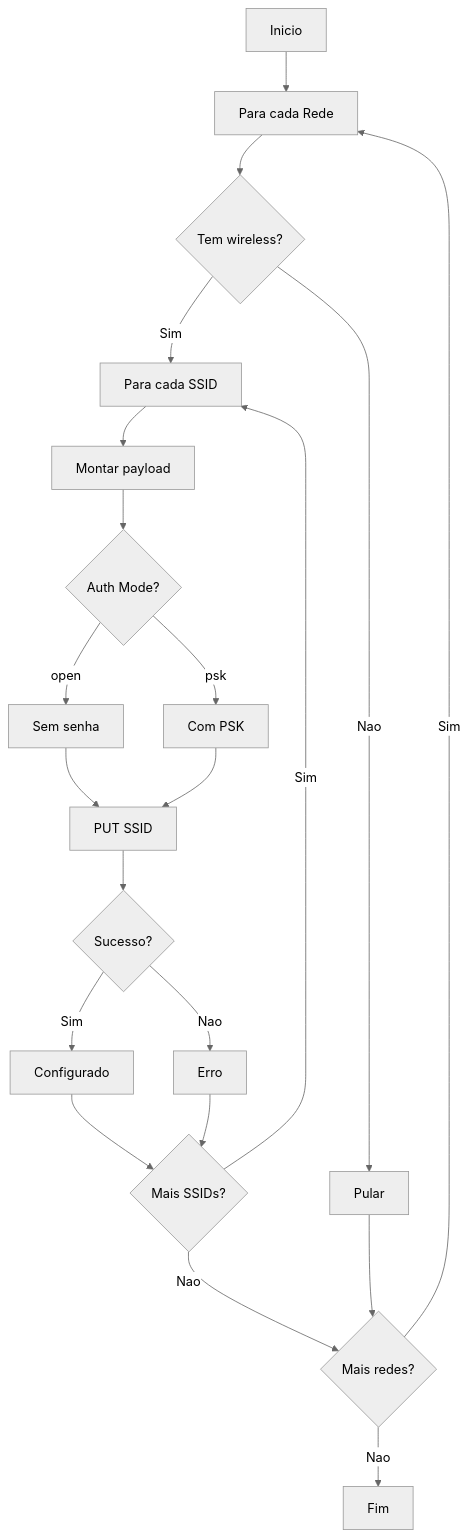
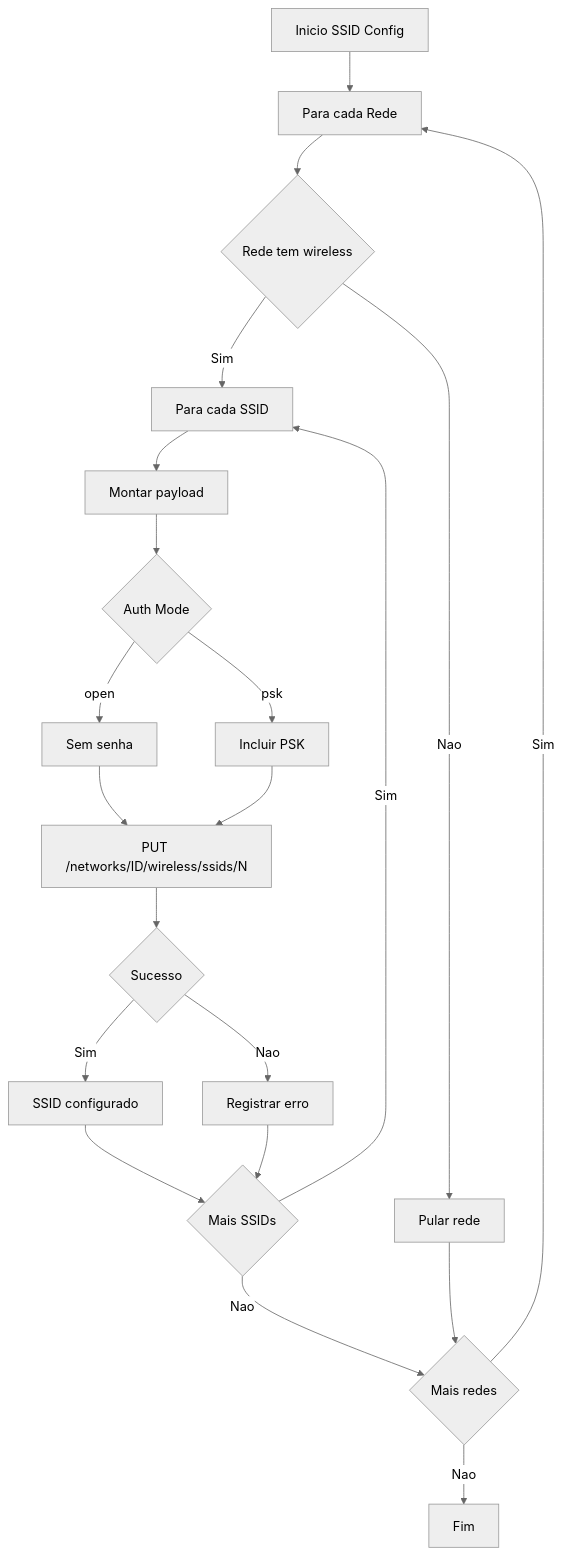
The eighth of 13 diagrams in docs/system-modeling.md (rodrigo-freitas-com/meraki-ansible), drawn with Mermaid (neutral theme) before and after one commit. The commit also changed other lines of this file, not shown here.

````diff
--- a/docs/system-modeling.md
+++ b/docs/system-modeling.md
@@ -253,23 +296,31 @@
 ```mermaid
 flowchart TD
-    A[Inicio] --> B[Para cada Rede]
-    B --> C{Tem wireless?}
-    C -->|Nao| D[Pular]
+    A[Inicio SSID Config] --> B[Para cada Rede]
+    B --> C{Rede tem wireless}
+
+    C -->|Nao| D[Pular rede]
     C -->|Sim| E[Para cada SSID]
+
     E --> F[Montar payload]
-    F --> G{Auth Mode?}
+
+    F --> G{Auth Mode}
     G -->|open| H[Sem senha]
-    G -->|psk| I[Com PSK]
-    H --> J[PUT SSID]
+    G -->|psk| I[Incluir PSK]
+
+    H --> J[PUT /networks/ID/wireless/ssids/N]
     I --> J
-    J --> K{Sucesso?}
-    K -->|Sim| L[Configurado]
-    K -->|Nao| M[Erro]
-    L --> N{Mais SSIDs?}
+
+    J --> K{Sucesso}
+    K -->|Sim| L[SSID configurado]
+    K -->|Nao| M[Registrar erro]
+
+    L --> N{Mais SSIDs}
     M --> N
+
     N -->|Sim| E
-    N -->|Nao| O{Mais redes?}
+    N -->|Nao| O{Mais redes}
+
     D --> O
     O -->|Sim| B
     O -->|Nao| P[Fim]
 ```
````
